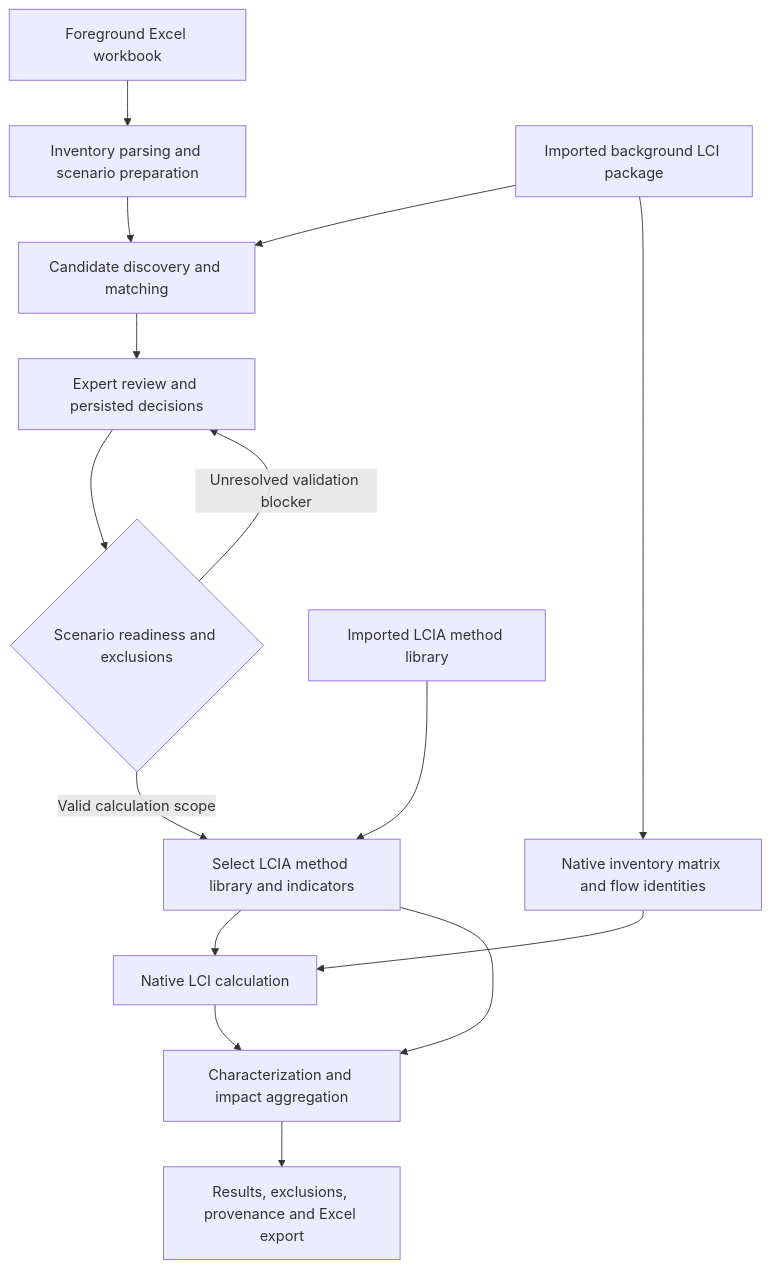
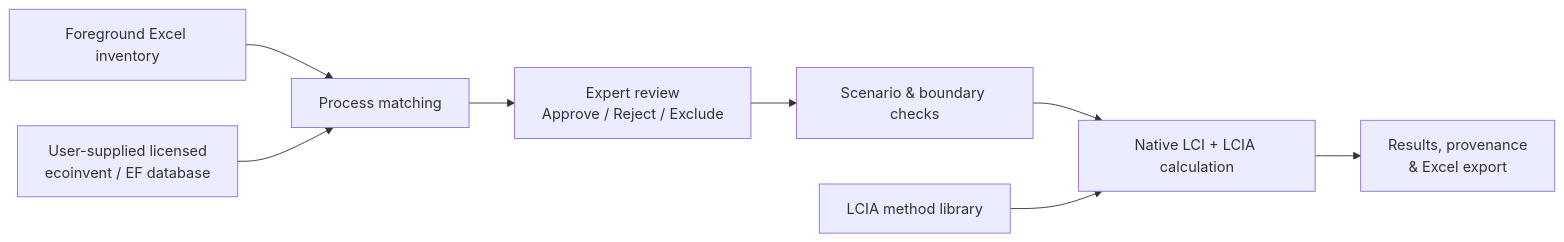
The first of 2 diagrams in README.md (SDU-LCE-SMART/FlexPOL-LCA), drawn with Mermaid before and after one commit. The commit also changed other lines of this file, not shown here.

````diff
--- a/README.md
+++ b/README.md
@@ -120,17 +24,10 @@
 ```mermaid
-flowchart TD
-    A[Foreground Excel workbook] --> B[Inventory parsing and scenario preparation]
-    C[Imported background LCI package] --> D[Candidate discovery and matching]
-    B --> D
-    D --> E[Expert review and persisted decisions]
-    E --> F{Scenario readiness and exclusions}
-    F -->|Valid calculation scope| G[Select LCIA method library and indicators]
-    F -->|Unresolved validation blocker| E
-    C --> H[Native inventory matrix and flow identities]
-    I[Imported LCIA method library] --> G
-    G --> J[Native LCI calculation]
-    H --> J
-    J --> K[Characterization and impact aggregation]
-    G --> K
-    K --> L[Results, exclusions, provenance and Excel export]
+flowchart LR
+    A[Foreground Excel inventory] --> C[Process matching]
+    B[User-supplied licensed<br/>ecoinvent / EF database] --> C
+    C --> D[Expert review<br/>Approve / Reject / Exclude]
+    D --> E[Scenario & boundary checks]
+    E --> F[Native LCI + LCIA calculation]
+    G[LCIA method library] --> F
+    F --> H[Results, provenance<br/>& Excel export]
 ```
````
